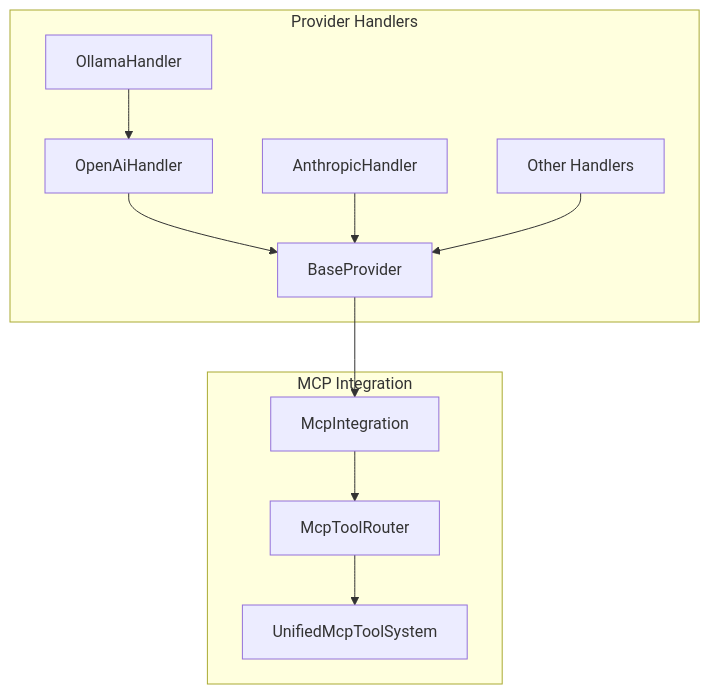
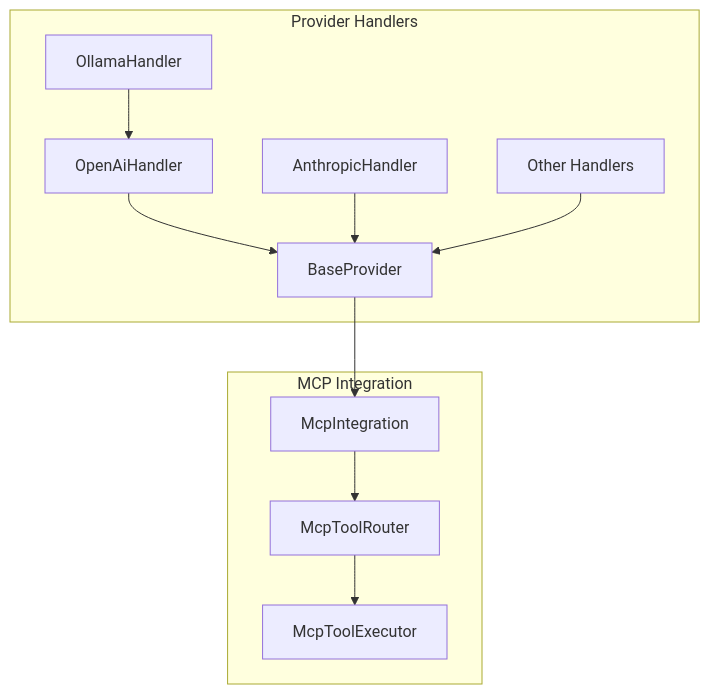
One commit to sydneyrenee/Thea-Code changed the diagram in cline_docs/architectural_notes/tool_use/mcp/provider_mcp_integration_summary.md. Above: the diagram before and after it, drawn with Mermaid. The commit also changed 13 other files, not shown here.

````diff
--- a/cline_docs/architectural_notes/tool_use/mcp/provider_mcp_integration_summary.md
+++ b/cline_docs/architectural_notes/tool_use/mcp/provider_mcp_integration_summary.md
@@ -21,25 +21,25 @@
 ```mermaid
 flowchart TD
     subgraph "Provider Handlers"
         BP[BaseProvider]
         OAI[OpenAiHandler]
         OLL[OllamaHandler]
         ANT[AnthropicHandler]
         OTH[Other Handlers]
     end
     
     subgraph "MCP Integration"
         MI[McpIntegration]
         MTR[McpToolRouter]
-        UMTS[UnifiedMcpToolSystem]
+        UMTS[McpToolExecutor]
     end
     
     BP --> MI
     OAI --> BP
     OLL --> OAI
     ANT --> BP
     OTH --> BP
     
     MI --> MTR
     MTR --> UMTS
 ```
````
